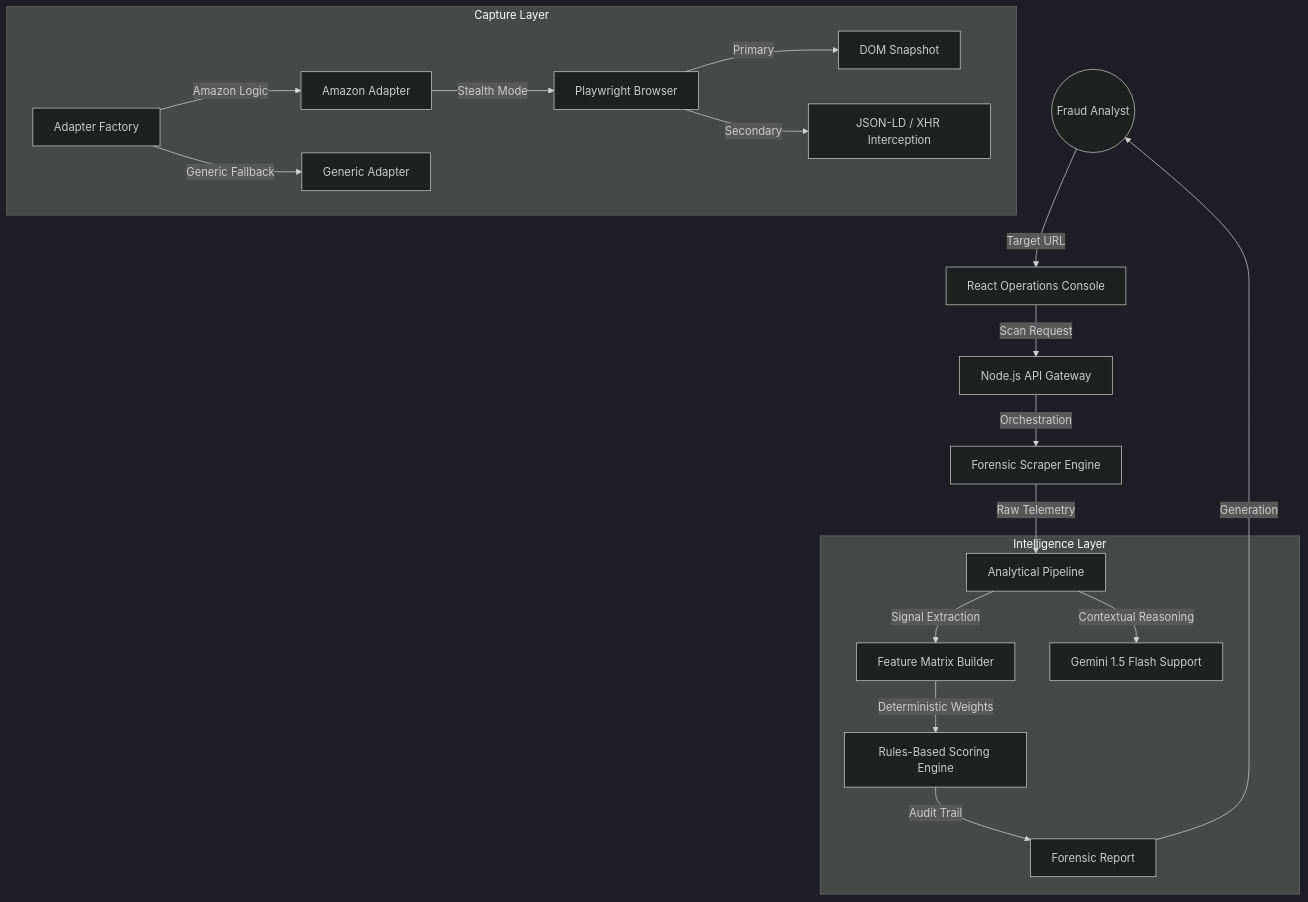
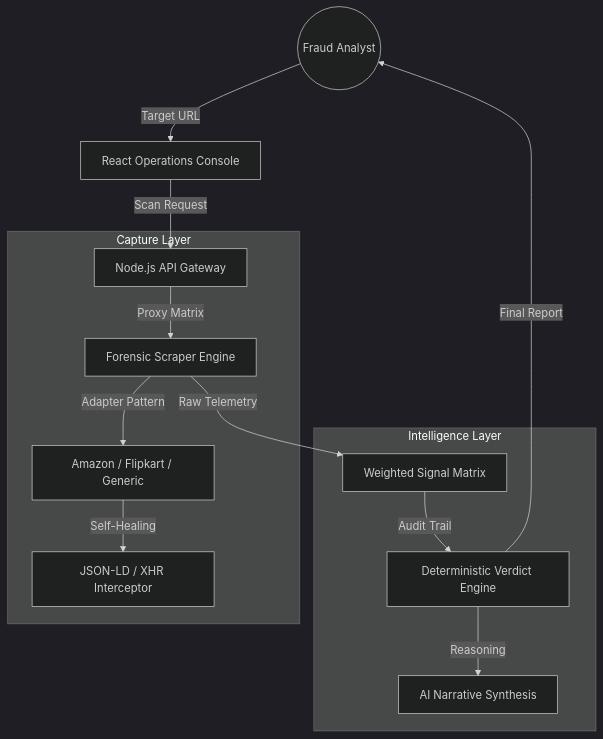
The diagram in README.md (pintukumar916206-ops/AUTHENTICATION), drawn with Mermaid (dark theme) before and after one commit. The commit also changed other lines of this file and 25 other files, not shown here.

Commit message:
feat: platform hardening, trust engine scoring, and security improvements

````diff
--- a/README.md
+++ b/README.md
@@ -14,25 +26,19 @@
 ```mermaid
 graph TD
     User((Fraud Analyst)) -->|Target URL| Frontend[React Operations Console]
     Frontend -->|Scan Request| API[Node.js API Gateway]
-    API -->|Orchestration| Scraper[Forensic Scraper Engine]
     
     subgraph Capture Layer
-        AdapterFactory[Adapter Factory] -->|Amazon Logic| AmzAdapter[Amazon Adapter]
-        AdapterFactory -->|Generic Fallback| GenAdapter[Generic Adapter]
-        AmzAdapter -->|Stealth Mode| Playwright[Playwright Browser]
-        Playwright -->|Primary| DOM[DOM Snapshot]
-        Playwright -->|Secondary| XHR[JSON-LD / XHR Interception]
+        API -->|Proxy Matrix| Scraper[Forensic Scraper Engine]
+        Scraper -->|Adapter Pattern| Adapters[Amazon / Flipkart / Generic]
+        Adapters -->|Self-Healing| Fallback[JSON-LD / XHR Interceptor]
     end
     
-    Scraper -->|Raw Telemetry| Analysis[Analytical Pipeline]
-    
     subgraph Intelligence Layer
-        Analysis -->|Signal Extraction| Features[Feature Matrix Builder]
-        Features -->|Deterministic Weights| Scoring[Rules-Based Scoring Engine]
-        Scoring -->|Audit Trail| Report[Forensic Report]
-        Analysis -->|Contextual Reasoning| Gemini[Gemini 1.5 Flash Support]
+        Scraper -->|Raw Telemetry| Scoring[Weighted Signal Matrix]
+        Scoring -->|Audit Trail| Logic[Deterministic Verdict Engine]
+        Logic -->|Reasoning| Gemini[AI Narrative Synthesis]
     end
     
-    Report -->|Generation| User
+    Logic -->|Final Report| User
 ```
````
